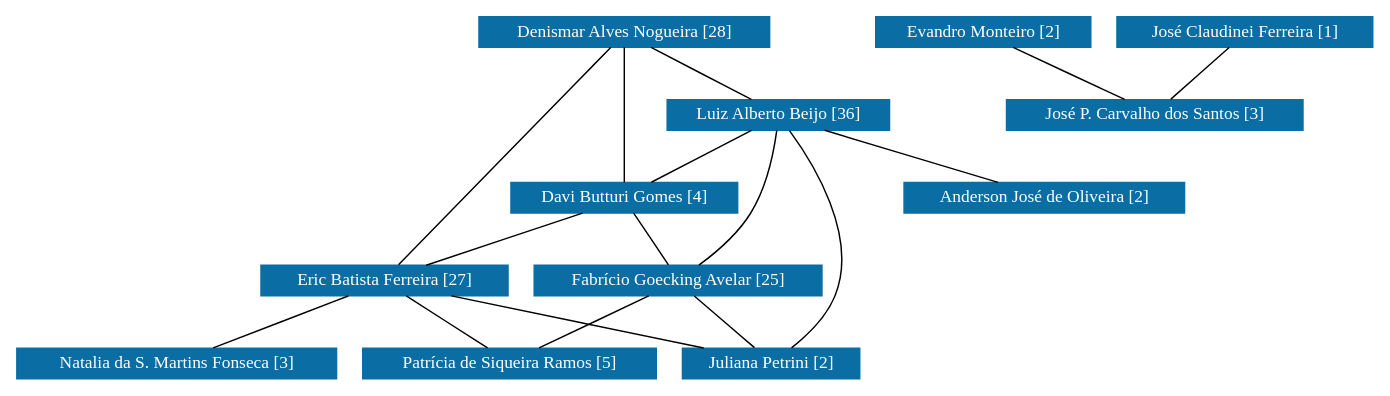
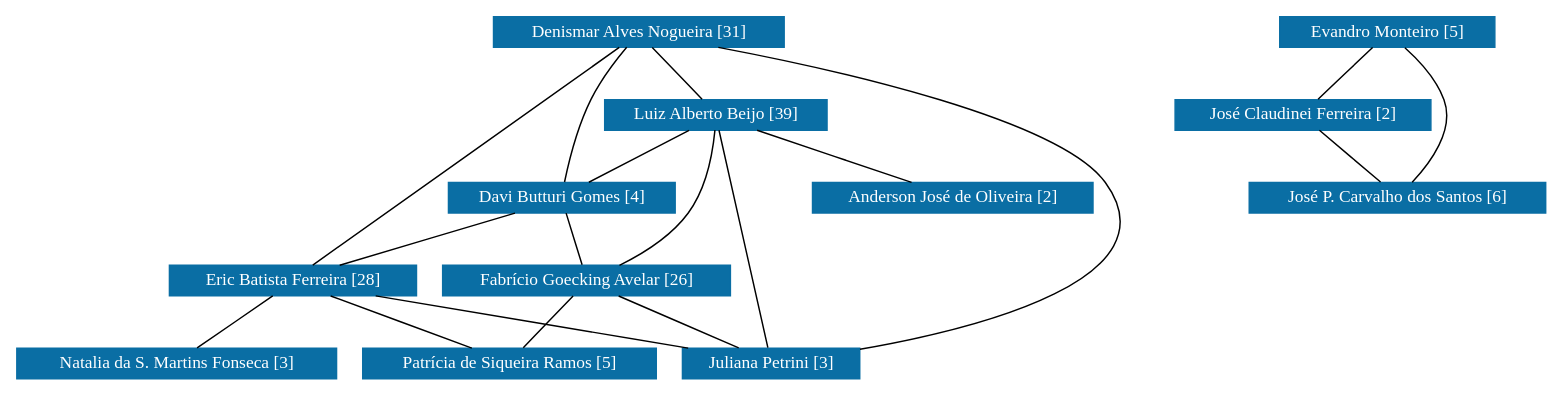
One commit to icamps/unifal-lattes.github.io changed the diagram in PPGEAB/grafoDeColaboracoesSemPesos.dot. Above: the diagram before and after it, drawn with Graphviz. The commit also changed 1227 other files, not shown here.

```diff
--- a/PPGEAB/grafoDeColaboracoesSemPesos.dot
+++ b/PPGEAB/grafoDeColaboracoesSemPesos.dot
@@ -1,111 +1,113 @@
 strict graph grafo1 {
-	graph [bb="0,0,764.5,249",
+	graph [bb="0,0,877,249",
 		id=grafo1,
 		overlap=False
 	];
 	node [fontsize=12,
 		label="\N",
 		shape=rectangle,
 		style=filled
 	];
 	0	 [URL="membro-3858924778362309.html",
 		color="#0A6EA4",
 		fontcolor="#FFFFFF",
 		height=0.29167,
-		label="Denismar Alves Nogueira [28]",
-		pos="335,238.5",
+		label="Denismar Alves Nogueira [31]",
+		pos="340,238.5",
 		width=2.2361];
 	1	 [URL="membro-8194104388434526.html",
 		color="#0A6EA4",
 		fontcolor="#FFFFFF",
 		height=0.29167,
-		label="Luiz Alberto Beijo [36]",
-		pos="428,181.5",
+		label="Luiz Alberto Beijo [39]",
+		pos="386,181.5",
 		width=1.7778];
-	0 -- 1	 [pos="352.49,227.78 369.12,217.59 393.98,202.35 410.59,192.17"];
+	0 -- 1	 [pos="348.65,227.78 356.88,217.59 369.18,202.35 377.39,192.17"];
 	2	 [URL="membro-0326922176762825.html",
 		color="#0A6EA4",
 		fontcolor="#FFFFFF",
 		height=0.29167,
 		label="Davi Butturi Gomes [4]",
-		pos="335,124.5",
+		pos="293,124.5",
 		width=1.8056];
-	0 -- 2	 [pos="335,227.98 335,206.37 335,157.19 335,135.33"];
+	0 -- 2	 [pos="332.8,227.8 326.86,218.61 318.54,204.86 313,192 304.68,172.7 298.51,148.86 295.36,135.3"];
 	3	 [URL="membro-9965398009651936.html",
 		color="#0A6EA4",
 		fontcolor="#FFFFFF",
 		height=0.29167,
-		label="Eric Batista Ferreira [27]",
-		pos="204,67.5",
+		label="Eric Batista Ferreira [28]",
+		pos="150,67.5",
 		width=1.8889];
-	0 -- 3	 [pos="326.81,227.8 303.28,197.09 235.71,108.9 212.19,78.193"];
-	1 -- 2	 [pos="410.51,170.78 393.88,160.59 369.02,145.35 352.41,135.17"];
+	0 -- 3	 [pos="327.04,227.9 304.63,209.46 257.34,170.08 219,135 197.73,115.54 173.9,91.761 160.54,78.249"];
+	5	 [URL="membro-9510541669291293.html",
+		color="#0A6EA4",
+		fontcolor="#FFFFFF",
+		height=0.29167,
+		label="Juliana Petrini [3]",
+		pos="424,10.5",
+		width=1.4028];
+	0 -- 5	 [pos="386.77,227.94 458.88,210.61 591.78,174.12 619,135 660.63,75.154 545.21,37.587 474.51,20.79"];
+	1 -- 2	 [pos="368.51,170.78 351.88,160.59 327.02,145.35 310.41,135.17"];
+	1 -- 5	 [pos="388.38,170.8 395.2,140.09 414.8,51.897 421.62,21.193"];
 	4	 [URL="membro-6886514520601172.html",
 		color="#0A6EA4",
 		fontcolor="#FFFFFF",
 		height=0.29167,
-		label="Fabrício Goecking Avelar [25]",
-		pos="370,67.5",
+		label="Fabrício Goecking Avelar [26]",
+		pos="316,67.5",
 		width=2.2222];
-	1 -- 4	 [pos="426.45,170.92 424.12,157.18 418.9,132.73 409,114 401.81,100.4 390.14,87.187 381.43,78.345"];
-	5	 [URL="membro-9510541669291293.html",
-		color="#0A6EA4",
-		fontcolor="#FFFFFF",
-		height=0.29167,
-		label="Juliana Petrini [2]",
-		pos="424,10.5",
-		width=1.4028];
-	1 -- 5	 [pos="434.79,170.68 447.58,148.87 472.77,98.195 459,57 454.32,43.009 443.6,29.852 435.24,21.128"];
+	1 -- 4	 [pos="384.83,170.71 382.9,156.73 378.13,132.03 367,114 358.06,99.521 343.35,86.798 332.02,78.337"];
 	8	 [URL="membro-1349156075777095.html",
 		color="#0A6EA4",
 		fontcolor="#FFFFFF",
 		height=0.29167,
 		label="Anderson José de Oliveira [2]",
-		pos="585,124.5",
+		pos="531,124.5",
 		width=2.1944];
-	1 -- 8	 [pos="457.16,170.91 485.36,160.67 527.85,145.25 555.99,135.03"];
-	2 -- 3	 [pos="310.67,113.91 287.14,103.67 251.69,88.25 228.2,78.031"];
-	2 -- 4	 [pos="341.58,113.78 347.84,103.59 357.2,88.348 363.45,78.173"];
-	3 -- 5	 [pos="244.61,56.979 284.09,46.75 343.73,31.297 383.26,21.056"];
+	1 -- 8	 [pos="412.93,170.91 438.98,160.67 478.22,145.25 504.21,135.03"];
+	2 -- 3	 [pos="266.44,113.91 240.75,103.67 202.06,88.25 176.42,78.031"];
+	2 -- 4	 [pos="297.33,113.78 301.44,103.59 307.59,88.348 311.69,78.173"];
+	3 -- 5	 [pos="200.58,56.979 249.75,46.75 324.03,31.297 373.26,21.056"];
 	6	 [URL="membro-7184150832649950.html",
 		color="#0A6EA4",
 		fontcolor="#FFFFFF",
 		height=0.29167,
 		label="Patrícia de Siqueira Ramos [5]",
 		pos="275,10.5",
 		width=2.2361];
-	3 -- 6	 [pos="217.35,56.779 230.05,46.588 249.03,31.348 261.71,21.173"];
+	3 -- 6	 [pos="173.22,56.912 195.67,46.674 229.5,31.25 251.91,21.031"];
 	7	 [URL="membro-3374954104030940.html",
 		color="#0A6EA4",
 		fontcolor="#FFFFFF",
 		height=0.29167,
 		label="Natalia da S. Martins Fonseca [3]",
 		pos="88,10.5",
 		width=2.4444];
-	3 -- 7	 [pos="182.45,56.912 161.62,46.674 130.23,31.25 109.43,21.031"];
-	4 -- 5	 [pos="380.16,56.779 389.81,46.588 404.25,31.348 413.89,21.173"];
-	4 -- 6	 [pos="352.13,56.779 335.15,46.588 309.75,31.348 292.79,21.173"];
+	3 -- 7	 [pos="138.34,56.779 127.25,46.588 110.68,31.348 99.609,21.173"];
+	4 -- 5	 [pos="336.06,56.912 355.46,46.674 384.68,31.25 404.05,21.031"];
+	4 -- 6	 [pos="308.29,56.779 300.96,46.588 290,31.348 282.68,21.173"];
 	9	 [URL="membro-3089568911577519.html",
 		color="#0A6EA4",
 		fontcolor="#FFFFFF",
 		height=0.29167,
-		label="Evandro Monteiro [2]",
-		pos="543,238.5",
+		label="Evandro Monteiro [5]",
+		pos="788,238.5",
 		width=1.6667];
+	10	 [URL="membro-6808752952332925.html",
+		color="#0A6EA4",
+		fontcolor="#FFFFFF",
+		height=0.29167,
+		label="José Claudinei Ferreira [2]",
+		pos="738,181.5",
+		width=1.9861];
+	9 -- 10	 [pos="778.6,227.78 769.66,217.59 756.29,202.35 747.36,192.17"];
 	11	 [URL="membro-9393213180145144.html",
 		color="#0A6EA4",
 		fontcolor="#FFFFFF",
 		height=0.29167,
-		label="José P. Carvalho dos Santos [3]",
-		pos="643,181.5",
+		label="José P. Carvalho dos Santos [6]",
+		pos="794,124.5",
 		width=2.3056];
-	9 -- 11	 [pos="561.81,227.78 579.69,217.59 606.42,202.35 624.28,192.17"];
-	10	 [URL="membro-6808752952332925.html",
-		color="#0A6EA4",
-		fontcolor="#FFFFFF",
-		height=0.29167,
-		label="José Claudinei Ferreira [1]",
-		pos="693,238.5",
-		width=1.9861];
-	10 -- 11	 [pos="683.6,227.78 674.66,217.59 661.29,202.35 652.36,192.17"];
+	9 -- 11	 [pos="797.67,227.99 805.13,219.14 814.84,205.74 819,192 825.16,171.67 812.11,148.57 802.65,135.35"];
+	10 -- 11	 [pos="748.53,170.78 758.55,160.59 773.52,145.35 783.51,135.17"];
 }
```
